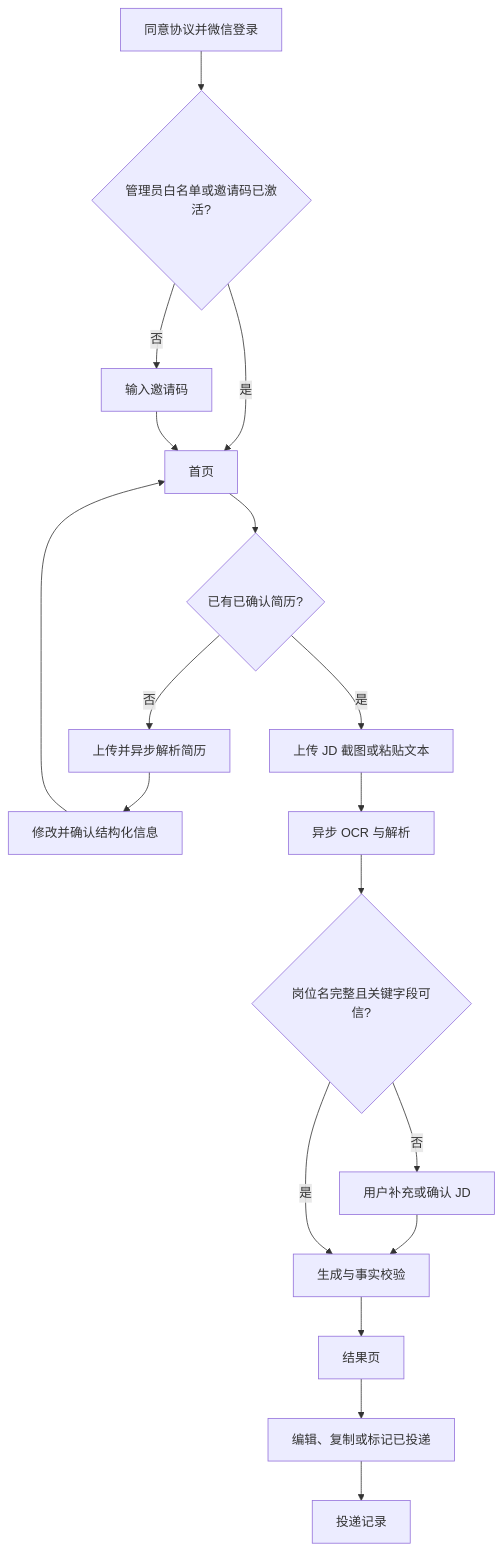
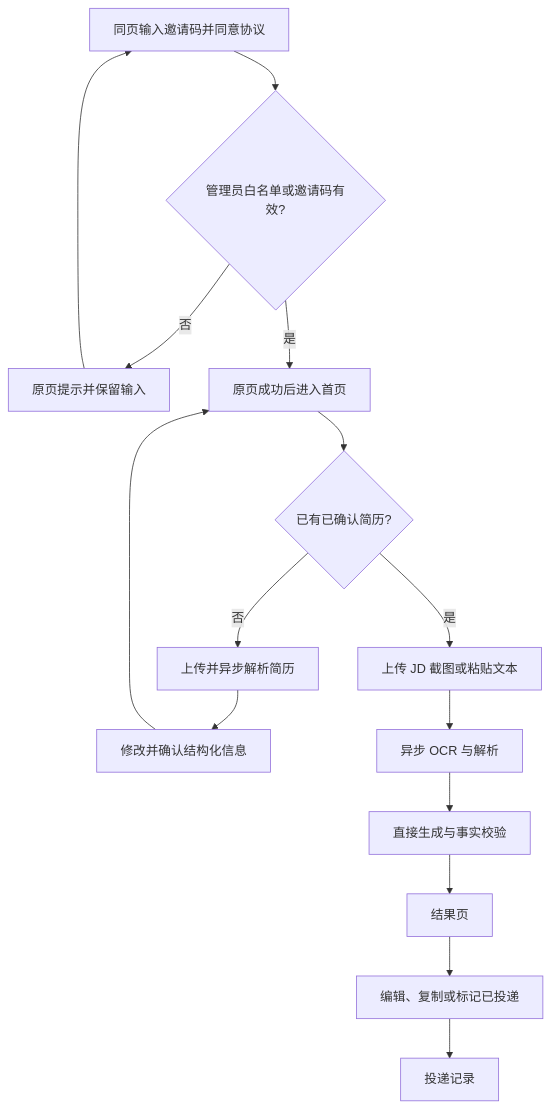
Before and after one commit to Yinzhi392/ApplyMate: the first of 2 diagrams in memory-bank/design-document.md, drawn with Mermaid. The commit also changed other lines of this file and 120 other files, not shown here.

````diff
--- a/memory-bank/design-document.md
+++ b/memory-bank/design-document.md
@@ -43,20 +43,17 @@
 ```mermaid
 flowchart TD
-    A[同意协议并微信登录] --> B{管理员白名单或邀请码已激活?}
-    B -- 否 --> C[输入邀请码]
-    B -- 是 --> D[首页]
-    C --> D
+    A[同页输入邀请码并同意协议] --> B{管理员白名单或邀请码有效?}
+    B -- 否 --> C[原页提示并保留输入]
+    B -- 是 --> D[原页成功后进入首页]
+    C --> A
     D --> E{已有已确认简历?}
     E -- 否 --> F[上传并异步解析简历]
     F --> G[修改并确认结构化信息]
     G --> D
     E -- 是 --> H[上传 JD 截图或粘贴文本]
     H --> I[异步 OCR 与解析]
-    I --> J{岗位名完整且关键字段可信?}
-    J -- 否 --> K[用户补充或确认 JD]
-    K --> L[生成与事实校验]
-    J -- 是 --> L
+    I --> L[直接生成与事实校验]
     L --> M[结果页]
     M --> N[编辑、复制或标记已投递]
     N --> O[投递记录]
 ```
````
